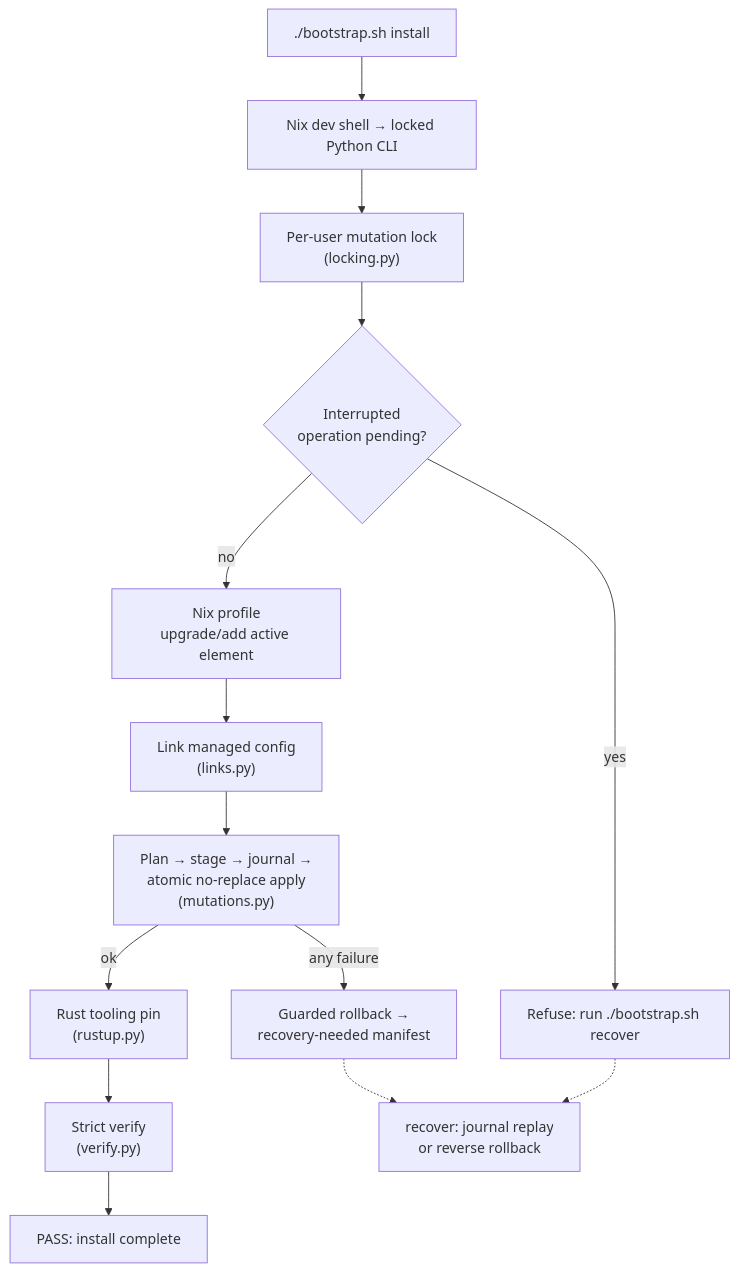
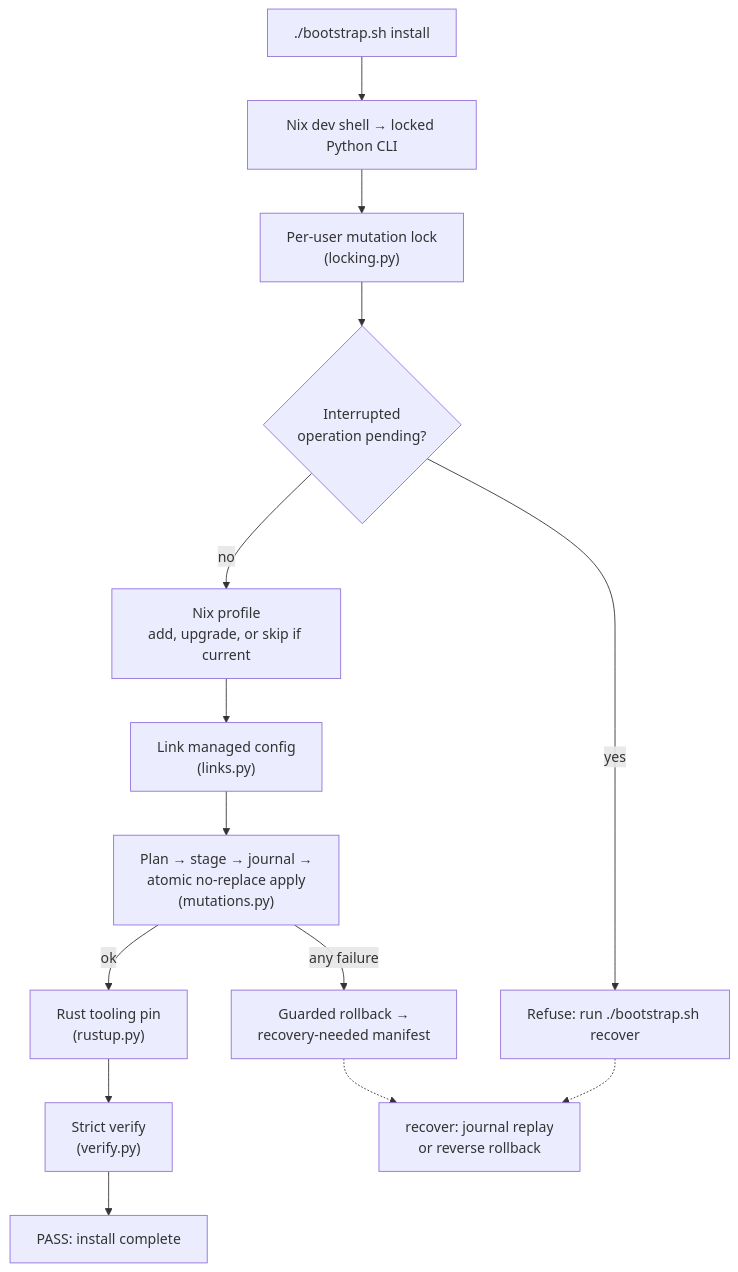
One commit to wcygan/dotfiles changed the diagram in README.md. Above: the diagram before and after it, drawn with Mermaid. The commit also changed other lines of this file and 12 other files, not shown here.

First line of the commit message:
docs: describe the saved dev environment, timing, profile skip and Linux check

````diff
--- a/README.md
+++ b/README.md
@@ -47,16 +65,16 @@
 ```mermaid
 flowchart TD
     A["./bootstrap.sh install"] --> B["Nix dev shell → locked Python CLI"]
     B --> C["Per-user mutation lock<br/>(locking.py)"]
     C --> D{"Interrupted<br/>operation pending?"}
     D -- "yes" --> E["Refuse: run ./bootstrap.sh recover"]
-    D -- "no" --> F["Nix profile<br/>upgrade/add active element"]
+    D -- "no" --> F["Nix profile<br/>add, upgrade, or skip if current"]
     F --> G["Link managed config<br/>(links.py)"]
     G --> H["Plan → stage → journal →<br/>atomic no-replace apply<br/>(mutations.py)"]
     H -- "any failure" --> I["Guarded rollback →<br/>recovery-needed manifest"]
     H -- "ok" --> J["Rust tooling pin<br/>(rustup.py)"]
     J --> K["Strict verify<br/>(verify.py)"]
     I -.-> R["recover: journal replay<br/>or reverse rollback"]
     E -.-> R
     K --> L["PASS: install complete"]
 ```
````
